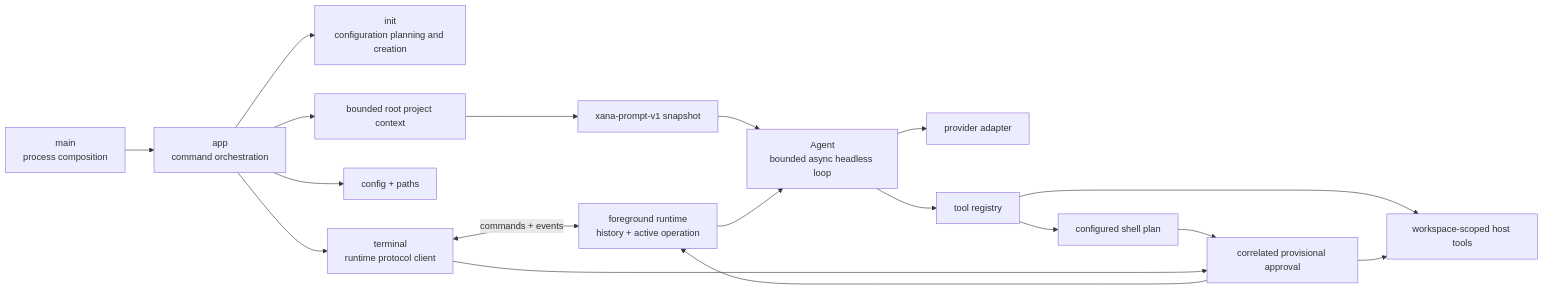
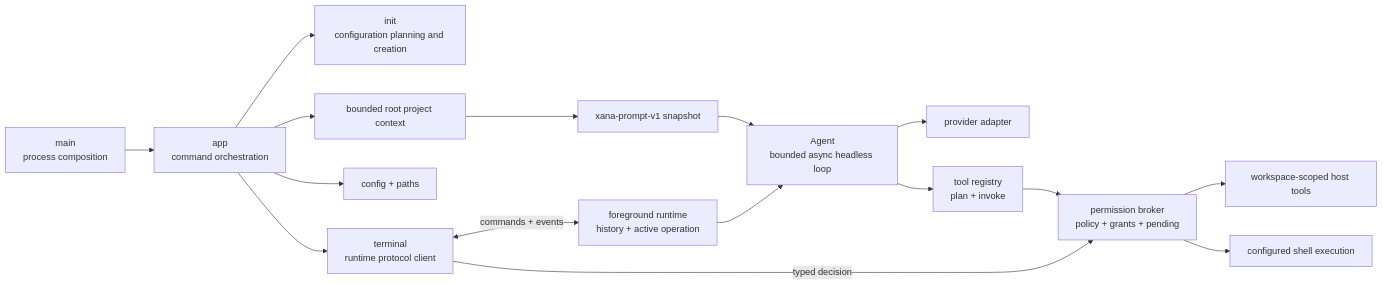
Before and after one commit to labcoder/xana: the diagram in docs/architecture/README.md, drawn with Mermaid. The commit also changed other lines of this file and 36 other files, not shown here.

Commit message:
feat(permissions): add scoped runtime authorization

````diff
--- a/docs/architecture/README.md
+++ b/docs/architecture/README.md
@@ -18,20 +18,18 @@
 ```mermaid
 flowchart LR
     MAIN["main<br/>process composition"] --> APP["app<br/>command orchestration"]
     APP --> INIT["init<br/>configuration planning and creation"]
     APP --> TERMINAL["terminal<br/>runtime protocol client"]
     APP --> CONFIG["config + paths"]
     APP --> CONTEXT["bounded root project context"]
     CONTEXT --> PROMPT["xana-prompt-v1 snapshot"]
     PROMPT --> AGENT
     TERMINAL <-->|"commands + events"| RUNTIME["foreground runtime<br/>history + active operation"]
     RUNTIME --> AGENT["Agent<br/>bounded async headless loop"]
     AGENT --> PROVIDER["provider adapter"]
-    AGENT --> TOOLS["tool registry"]
-    TOOLS --> HOST["workspace-scoped host tools"]
-    TOOLS --> SHELL["configured shell plan"]
-    SHELL --> APPROVAL["correlated provisional approval"]
-    APPROVAL --> RUNTIME
-    TERMINAL --> APPROVAL
-    APPROVAL --> HOST
+    AGENT --> TOOLS["tool registry<br/>plan + invoke"]
+    TOOLS --> BROKER["permission broker<br/>policy + grants + pending"]
+    TERMINAL -->|"typed decision"| BROKER
+    BROKER --> HOST["workspace-scoped host tools"]
+    BROKER --> SHELL["configured shell execution"]
 ```
````
